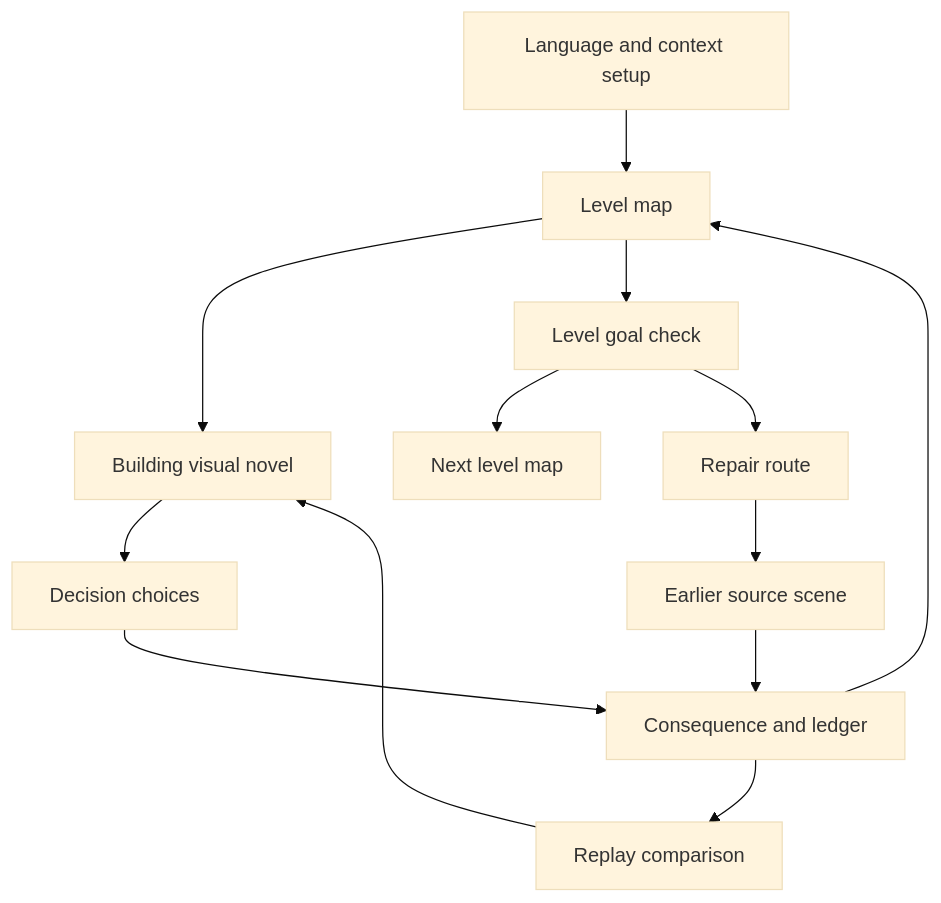
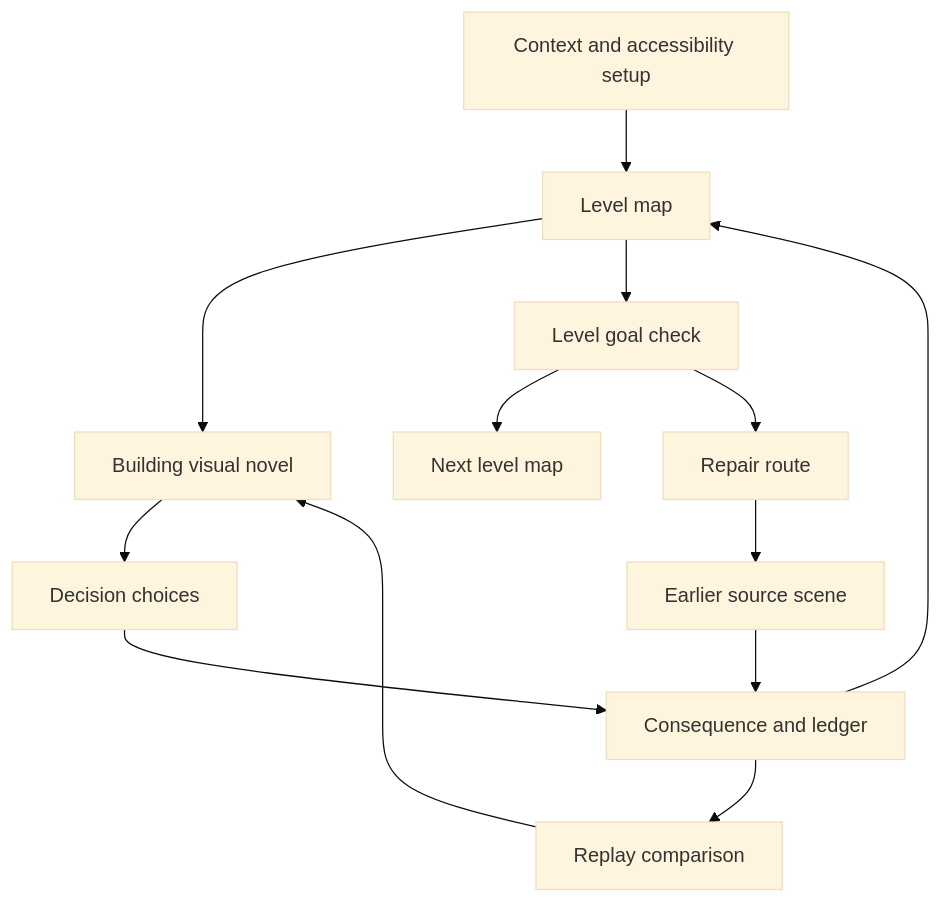
One commit to monabji/Pocket-town changed the diagram in ui_flow.md. Above: the diagram before and after it, drawn with Mermaid (base theme). The commit also changed other lines of this file and 13 other files, not shown here.

````diff
--- a/ui_flow.md
+++ b/ui_flow.md
@@ -5,15 +5,15 @@
 ```mermaid
 flowchart TD
-    Start[Language and context setup] --> Home[Level map]
+    Start[Context and accessibility setup] --> Home[Level map]
     Home --> Building[Building visual novel]
     Building --> Choice[Decision choices]
     Choice --> Result[Consequence and ledger]
     Result --> Home
     Result --> Compare[Replay comparison]
     Compare --> Building
     Home --> Gate[Level goal check]
     Gate --> Next[Next level map]
     Gate --> Repair[Repair route]
     Repair --> Source[Earlier source scene]
     Source --> Result
 ```
````
